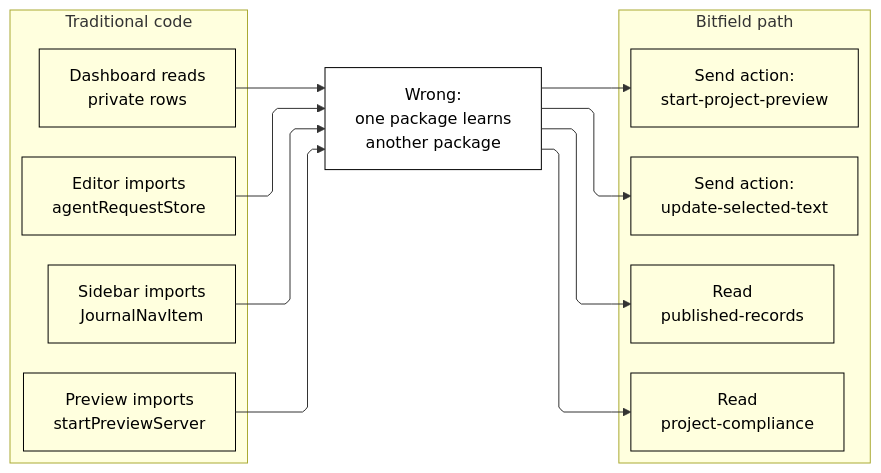
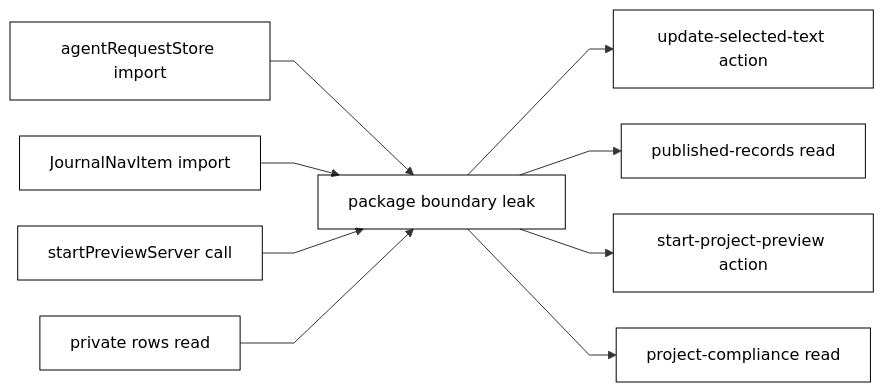
The diagram in runtime-kit/build-without-tangled-code/translate-traditional-code.mdx (kngf222/bitfield-docs), drawn with Mermaid before and after one commit.

Commit message:
docs: use safe mermaid translation syntax

````diff
--- a/runtime-kit/build-without-tangled-code/translate-traditional-code.mdx
+++ b/runtime-kit/build-without-tangled-code/translate-traditional-code.mdx
@@ -16,39 +16,35 @@
 ```mermaid
-%%{init: {'flowchart': {'defaultRenderer': 'elk', 'nodeSpacing': 40, 'rankSpacing': 56, 'curve': 'linear'}}}%%
+%%{init: {'flowchart': {'nodeSpacing': 36, 'rankSpacing': 48, 'curve': 'linear'}}}%%
 flowchart LR
-  subgraph Bad["Traditional code"]
-    BadStore["Editor imports<br/>agentRequestStore"]
-    BadShell["Sidebar imports<br/>JournalNavItem"]
-    BadPreview["Preview imports<br/>startPreviewServer"]
-    BadRows["Dashboard reads<br/>private rows"]
-  end
+  BadStore["agentRequestStore import"]
+  BadShell["JournalNavItem import"]
+  BadPreview["startPreviewServer call"]
+  BadRows["private rows read"]
 
-  Stop["Wrong:<br/>one package learns<br/>another package"]
+  Stop["package boundary leak"]
 
-  subgraph Good["Bitfield path"]
-    GoodText["Send action:<br/>update-selected-text"]
-    GoodRecords["Read<br/>published-records"]
-    GoodPreview["Send action:<br/>start-project-preview"]
-    GoodCompliance["Read<br/>project-compliance"]
-  end
+  GoodText["update-selected-text action"]
+  GoodRecords["published-records read"]
+  GoodPreview["start-project-preview action"]
+  GoodCompliance["project-compliance read"]
 
   BadStore --> Stop
   BadShell --> Stop
   BadPreview --> Stop
   BadRows --> Stop
 
   Stop --> GoodText
   Stop --> GoodRecords
   Stop --> GoodPreview
   Stop --> GoodCompliance
 
   classDef traditional fill:transparent,stroke:currentColor,color:currentColor;
   classDef reject fill:transparent,stroke:currentColor,color:currentColor;
   classDef request fill:transparent,stroke:currentColor,color:currentColor;
   classDef read fill:transparent,stroke:currentColor,color:currentColor;
 
   class BadStore,BadShell,BadPreview,BadRows traditional;
   class Stop reject;
   class GoodText,GoodPreview request;
   class GoodRecords,GoodCompliance read;
 ```
````
